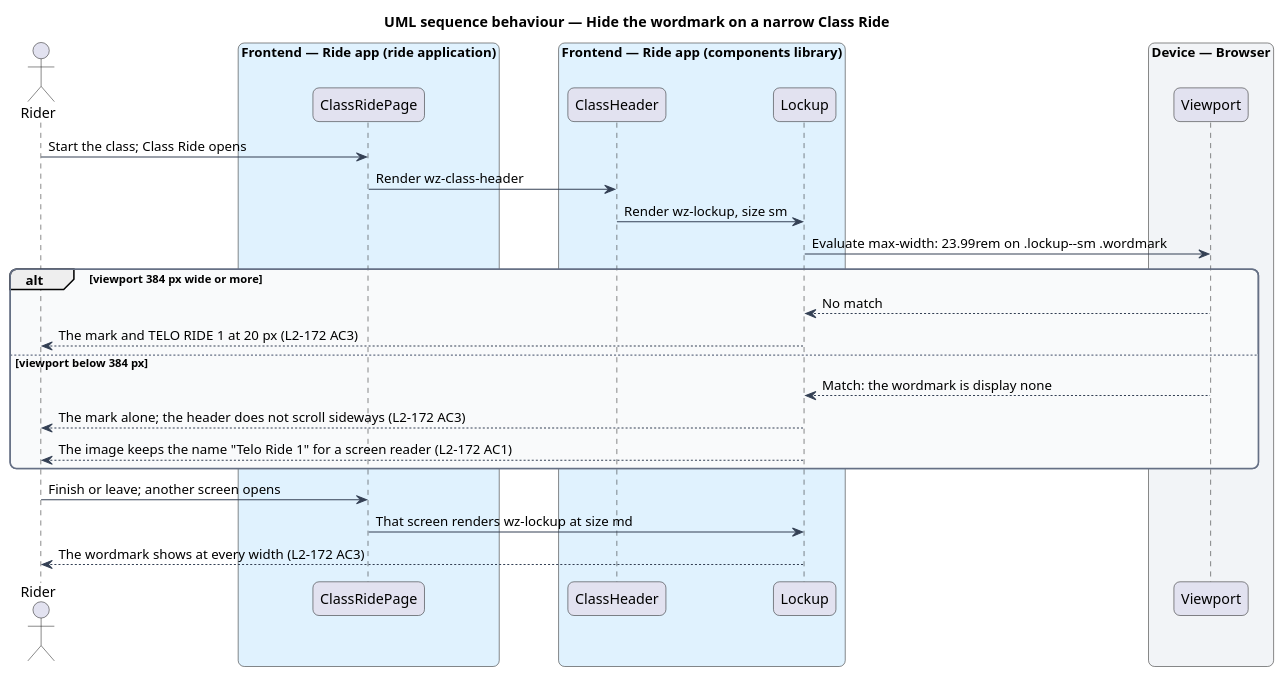
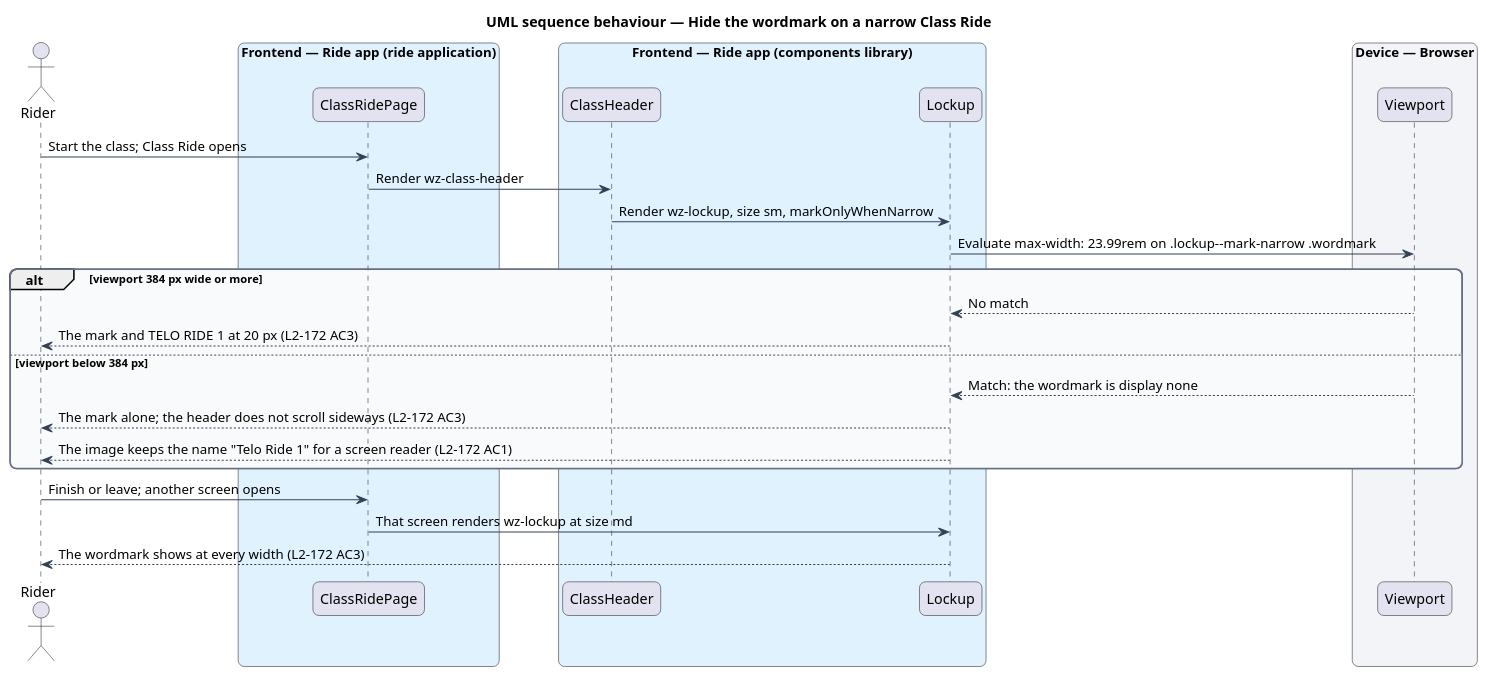
The diagram in docs/detailed-designs/ui/show-the-wordmark/diagrams/sequence-hide-the-wordmark-on-a-narrow-class-ride.puml (QuinntyneBrown/ride-one), drawn with PlantUML before and after one commit. The commit also changed 64 other files, not shown here.

```diff
--- a/docs/detailed-designs/ui/show-the-wordmark/diagrams/sequence-hide-the-wordmark-on-a-narrow-class-ride.puml
+++ b/docs/detailed-designs/ui/show-the-wordmark/diagrams/sequence-hide-the-wordmark-on-a-narrow-class-ride.puml
@@ -1,43 +1,43 @@
 @startuml
 title UML sequence behaviour — Hide the wordmark on a narrow Class Ride
 skinparam backgroundColor #FFFFFF
 skinparam shadowing false
 skinparam roundcorner 12
 skinparam defaultFontName Arial
 skinparam ArrowColor #344054
 skinparam rectangle {
   BorderColor #344054
   FontColor #101828
 }
 skinparam package {
   BorderColor #667085
   FontColor #101828
   BackgroundColor #F9FAFB
 }
 actor "Rider" as rider
 box "Frontend — Ride app (ride application)" #E0F2FE
   participant "ClassRidePage" as page
 end box
 box "Frontend — Ride app (components library)" #E0F2FE
   participant "ClassHeader" as hdr
   participant "Lockup" as lockup
 end box
 box "Device — Browser" #F2F4F7
   participant "Viewport" as viewport
 end box
 rider -> page : Start the class; Class Ride opens
 page -> hdr : Render wz-class-header
-hdr -> lockup : Render wz-lockup, size sm
-lockup -> viewport : Evaluate max-width: 23.99rem on .lockup~--sm .wordmark
+hdr -> lockup : Render wz-lockup, size sm, markOnlyWhenNarrow
+lockup -> viewport : Evaluate max-width: 23.99rem on .lockup~--mark-narrow .wordmark
 alt viewport 384 px wide or more
   viewport --> lockup : No match
   lockup --> rider : The mark and TELO RIDE 1 at 20 px (L2-172 AC3)
 else viewport below 384 px
   viewport --> lockup : Match: the wordmark is display none
   lockup --> rider : The mark alone; the header does not scroll sideways (L2-172 AC3)
   lockup --> rider : The image keeps the name "Telo Ride 1" for a screen reader (L2-172 AC1)
 end
 rider -> page : Finish or leave; another screen opens
 page -> lockup : That screen renders wz-lockup at size md
 lockup --> rider : The wordmark shows at every width (L2-172 AC3)
 @enduml
```
